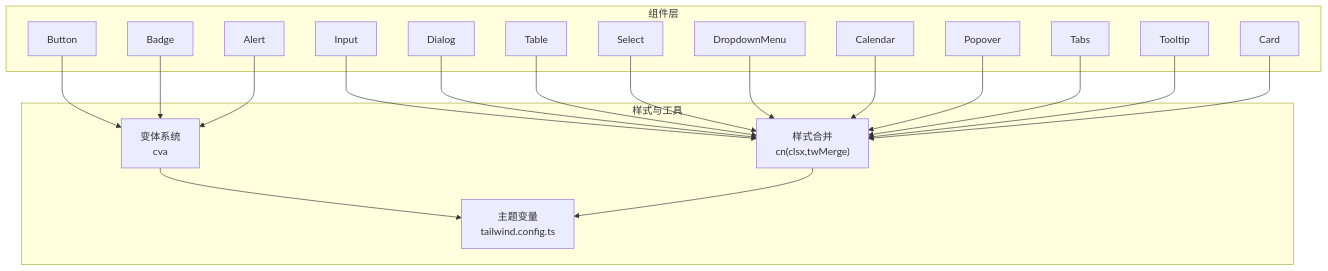
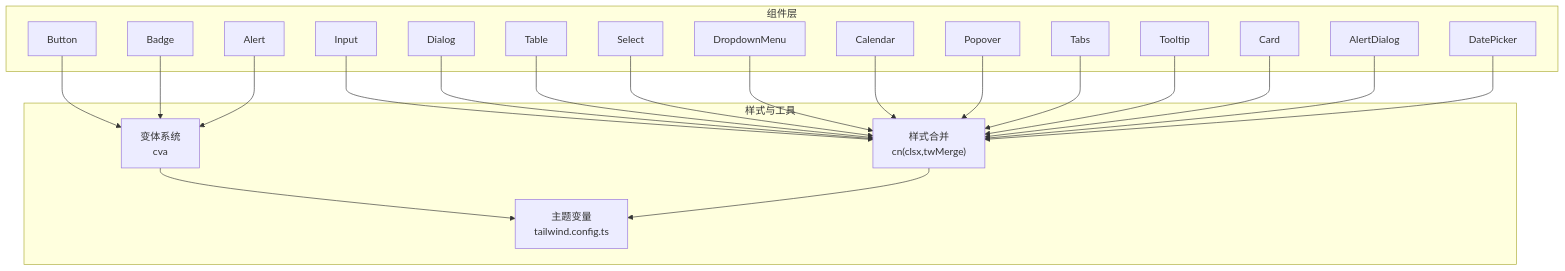
The second of 10 diagrams in .qoder/repowiki/zh/content/前端应用架构/组件系统架构/UI组件库.md (gujialind/InvestRing), drawn with Mermaid before and after one commit. The commit also changed other lines of this file and 97 other files, not shown here.

````diff
--- a/.qoder/repowiki/zh/content/前端应用架构/组件系统架构/UI组件库.md
+++ b/.qoder/repowiki/zh/content/前端应用架构/组件系统架构/UI组件库.md
@@ -156,38 +170,42 @@
 ```mermaid
 graph TB
 subgraph "组件层"
 C1["Button"]
 C2["Input"]
 C3["Dialog"]
 C4["Table"]
 C5["Select"]
 C6["DropdownMenu"]
 C7["Calendar"]
 C8["Popover"]
 C9["Tabs"]
 C10["Tooltip"]
 C11["Badge"]
 C12["Card"]
 C13["Alert"]
+C14["AlertDialog"]
+C15["DatePicker"]
 end
 subgraph "样式与工具"
 V["变体系统<br/>cva"]
 U["样式合并<br/>cn(clsx,twMerge)"]
 T["主题变量<br/>tailwind.config.ts"]
 end
 C1 --> V
 C2 --> U
 C3 --> U
 C4 --> U
 C5 --> U
 C6 --> U
 C7 --> U
 C8 --> U
 C9 --> U
 C10 --> U
 C11 --> V
 C12 --> U
 C13 --> V
+C14 --> U
+C15 --> U
 V --> T
 U --> T
 ```
````
